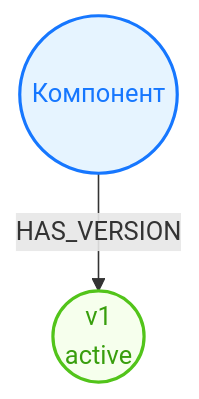
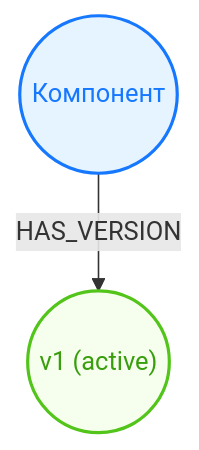
One commit to Goodzonchik/stellode changed the second of 6 diagrams in apps/frontend/public/help/guides/components.md. Above: the diagram before and after it, drawn with Mermaid. The commit also changed other lines of this file and 9 other files, not shown here.

````diff
--- a/apps/frontend/public/help/guides/components.md
+++ b/apps/frontend/public/help/guides/components.md
@@ -40,10 +27,10 @@
 ```mermaid
 flowchart TB
   Component((Компонент))
-  CV1(("v1<br/>active"))
+  CV1(("v1 (active)"))
   Component -->|HAS_VERSION| CV1
   classDef component fill:#E6F4FF,stroke:#1677FF,color:#1677FF,stroke-width:2px
   classDef active fill:#F6FFED,stroke:#52C41A,color:#389E0D,stroke-width:2px
   class Component component
   class CV1 active
 ```
````
